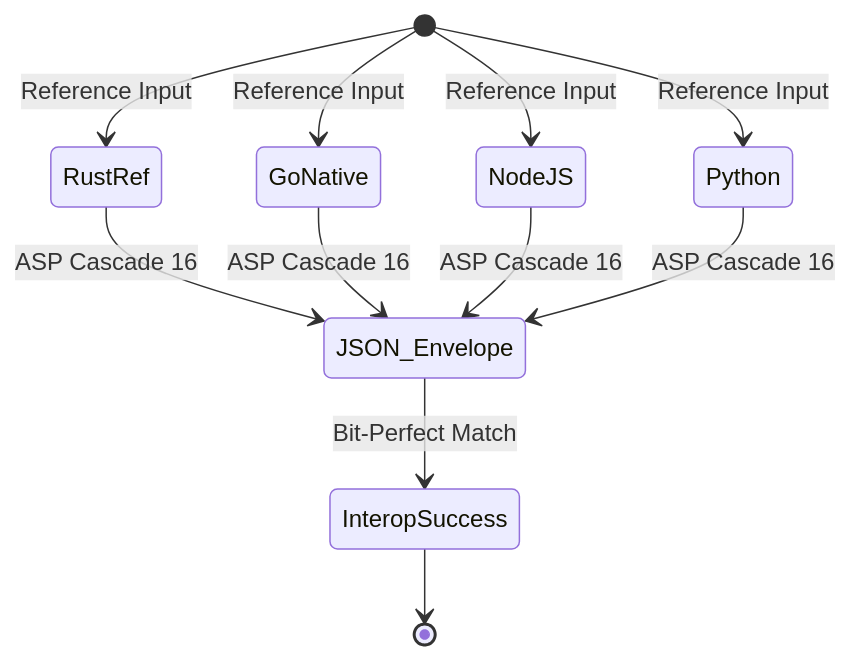
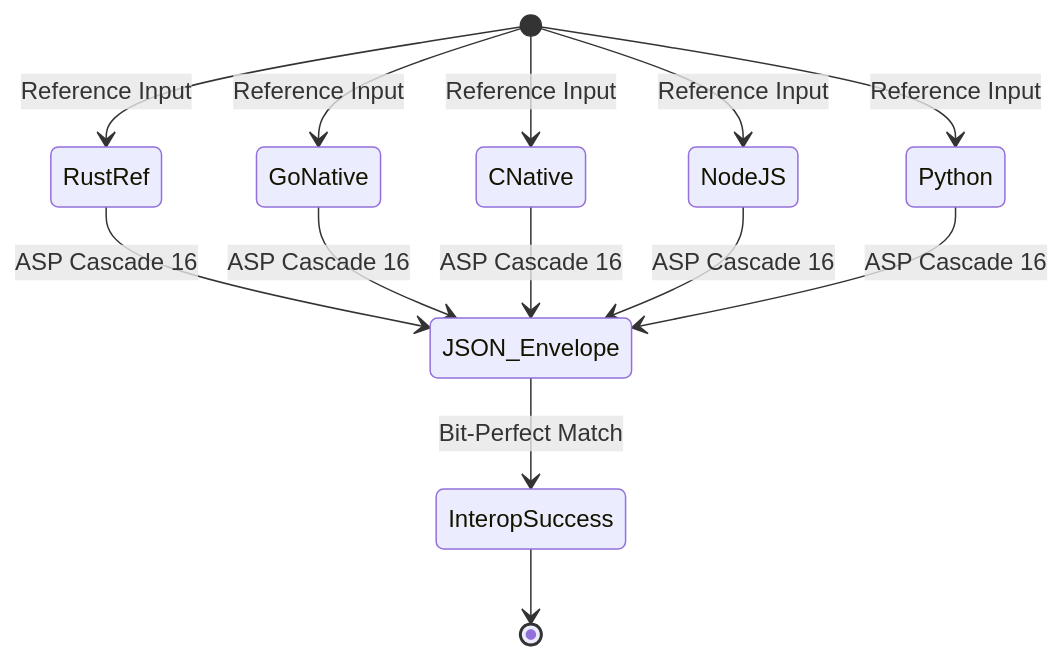
One commit to Kryklin/darkstar changed the fourth of 4 diagrams in d-asp/DASP_SYSTEM_FLOW.md. Above: the diagram before and after it, drawn with Mermaid. The commit also changed other lines of this file and 7 other files, not shown here.

````diff
--- a/d-asp/DASP_SYSTEM_FLOW.md
+++ b/d-asp/DASP_SYSTEM_FLOW.md
@@ -87,15 +87,17 @@
 ```mermaid
 stateDiagram-v2
     [*] --> RustRef: Reference Input
     [*] --> GoNative: Reference Input
+    [*] --> CNative: Reference Input
     [*] --> NodeJS: Reference Input
     [*] --> Python: Reference Input
 
     RustRef --> JSON_Envelope: ASP Cascade 16
     GoNative --> JSON_Envelope: ASP Cascade 16
+    CNative --> JSON_Envelope: ASP Cascade 16
     NodeJS --> JSON_Envelope: ASP Cascade 16
     Python --> JSON_Envelope: ASP Cascade 16
 
     JSON_Envelope --> InteropSuccess: Bit-Perfect Match
     InteropSuccess --> [*]
 ```
````
